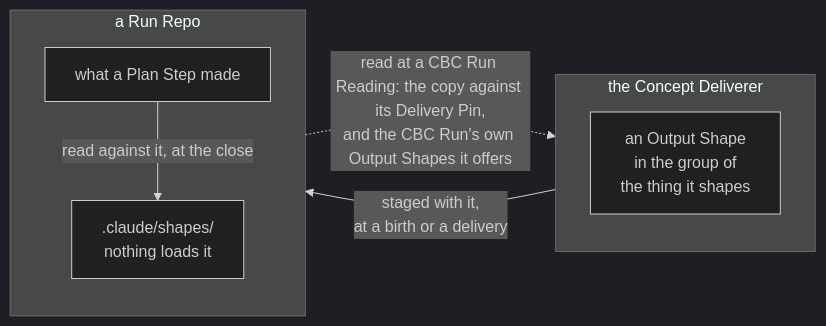
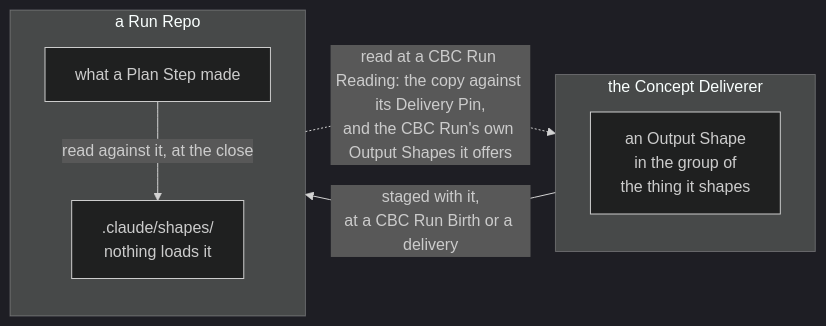
The first of 2 diagrams in docs/conventions/shapes/README.md (edgaras87/correctness-by-construction), drawn with Mermaid (dark theme) before and after one commit. The commit also changed other lines of this file and 2 other files, not shown here.

Commit message:
docs: the glossary meets the rule again
Reader C's findings on our glossary, FINDING-1070 to 1080: the Entry
File and Agent Skill by name; Local Rule and Paths Rule get the
entries their capitals promised; the Record Stub examples that did
not carry the Name go; the header's three ways to name a convention
counted; plain words for "the other number", "Canonical says
reference" and the Chain Link entry. DECISION-36: CBC Run Birth for
the event, in the Pure Seed entry, repo-hygiene and shapes §4.3,
retitled CBC Run Birth and delivery, nothing pointing at it.

Foundation Check: against the writing manual; each entry points at
the home that defines it, and they agree.

````diff
--- a/docs/conventions/shapes/README.md
+++ b/docs/conventions/shapes/README.md
@@ -224,17 +224,17 @@
 ```mermaid
 flowchart LR
   subgraph HERE["the Concept Deliverer"]
     direction TB
     SH["an Output Shape<br/>in the group of<br/>the thing it shapes"]
   end
 
   subgraph RUN["a Run Repo"]
     direction TB
     MADE["what a Plan Step made"]
     SHP[".claude/shapes/<br/>nothing loads it"]
   end
 
-  SH -->|"staged with it,<br/>at a birth or a delivery"| SHP
+  SH -->|"staged with it,<br/>at a CBC Run Birth or a delivery"| SHP
   MADE -->|"read against it, at the close"| SHP
   SHP -.->|"read at a CBC Run Reading: the copy against its Delivery Pin,<br/>and the CBC Run's own Output Shapes it offers"| SH
 ```
````
